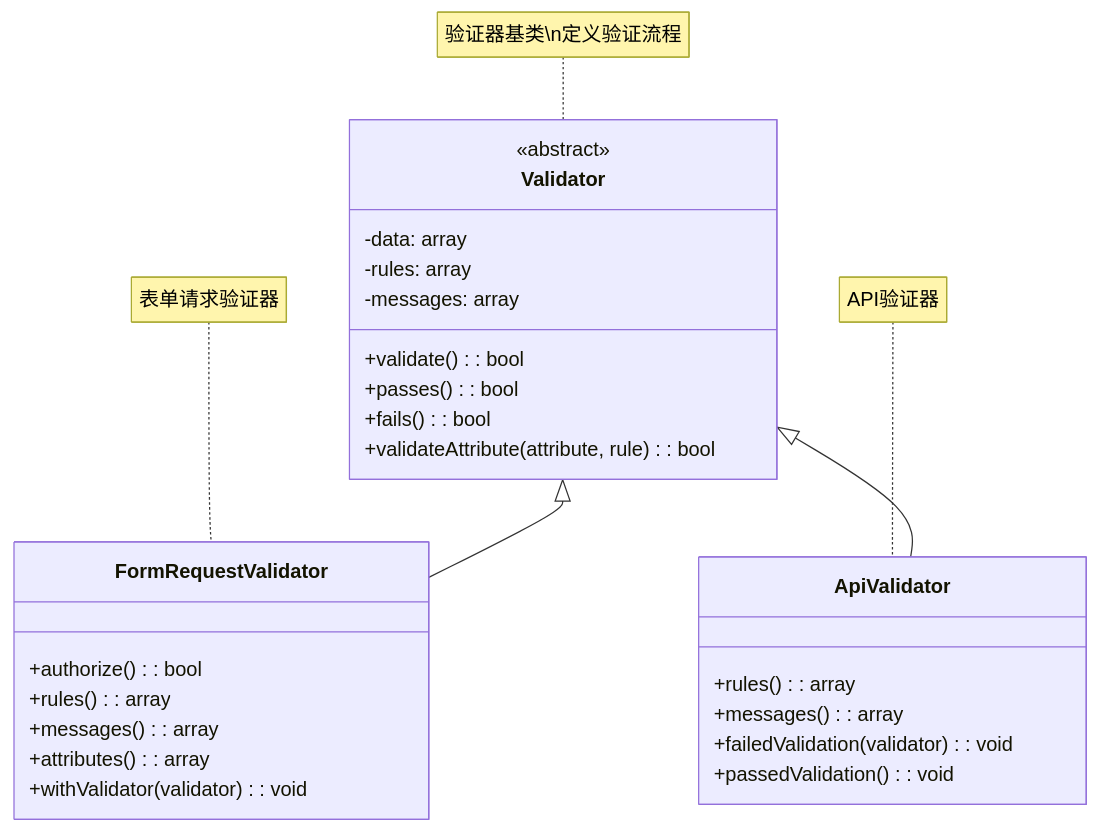
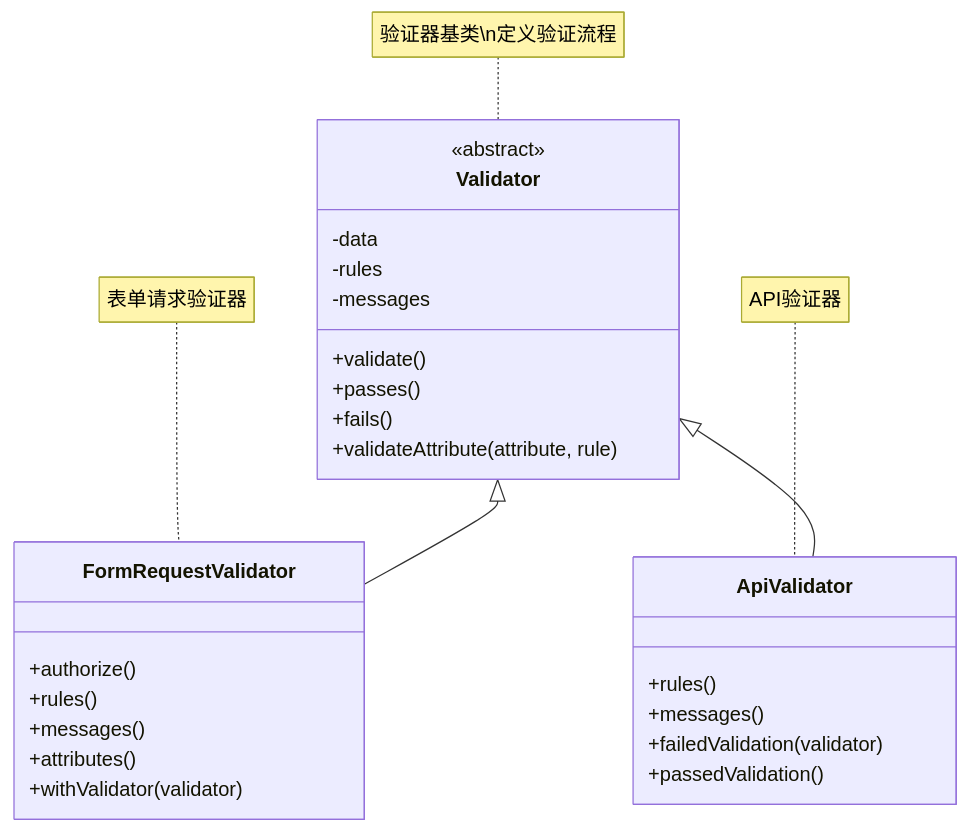
Before and after one commit to fanly/DesignPattern: the sixth of 7 diagrams in resources/design-patterns/laravel/behavioral/template_method_zh.md, drawn with Mermaid. The commit also changed other lines of this file and 103 other files, not shown here.

````diff
--- a/resources/design-patterns/laravel/behavioral/template_method_zh.md
+++ b/resources/design-patterns/laravel/behavioral/template_method_zh.md
@@ -186,35 +186,35 @@
 ```mermaid
 classDiagram
     class Validator {
         <<abstract>>
-        -data: array
-        -rules: array
-        -messages: array
-        +validate(): bool
-        +passes(): bool
-        +fails(): bool
-        +validateAttribute(attribute, rule): bool
+        -data
+        -rules
+        -messages
+        +validate()
+        +passes()
+        +fails()
+        +validateAttribute(attribute, rule)
     }
     
     class FormRequestValidator {
-        +authorize(): bool
-        +rules(): array
-        +messages(): array
-        +attributes(): array
-        +withValidator(validator): void
+        +authorize()
+        +rules()
+        +messages()
+        +attributes()
+        +withValidator(validator)
     }
     
     class ApiValidator {
-        +rules(): array
-        +messages(): array
-        +failedValidation(validator): void
-        +passedValidation(): void
+        +rules()
+        +messages()
+        +failedValidation(validator)
+        +passedValidation()
     }
     
     Validator <|-- FormRequestValidator
     Validator <|-- ApiValidator
     
     note for Validator "验证器基类\n定义验证流程"
     note for FormRequestValidator "表单请求验证器"
     note for ApiValidator "API验证器"
 ```
````
